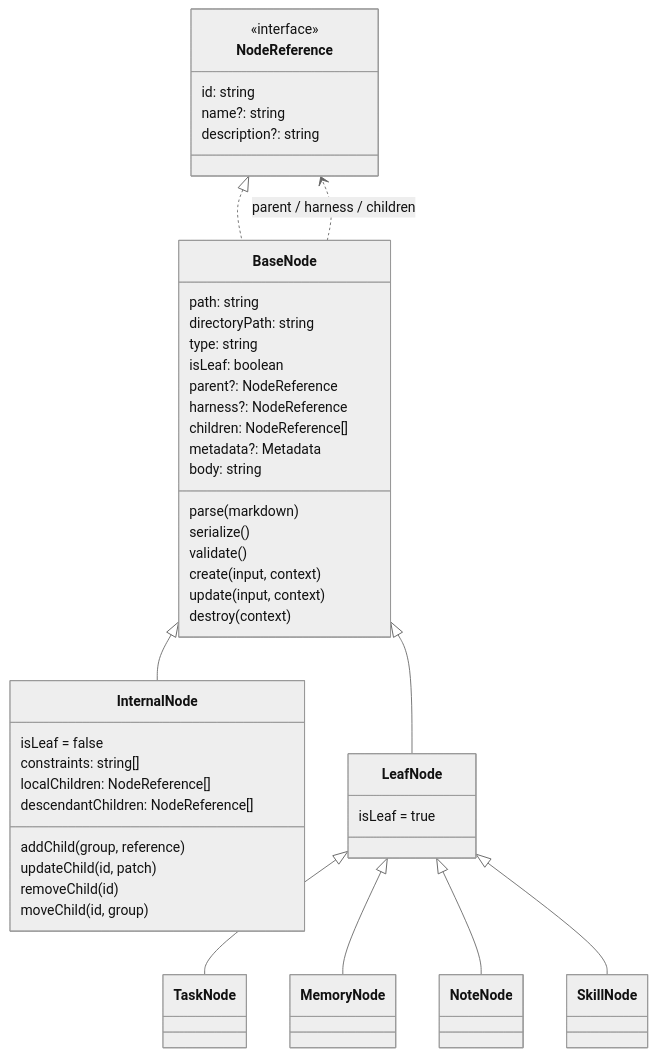
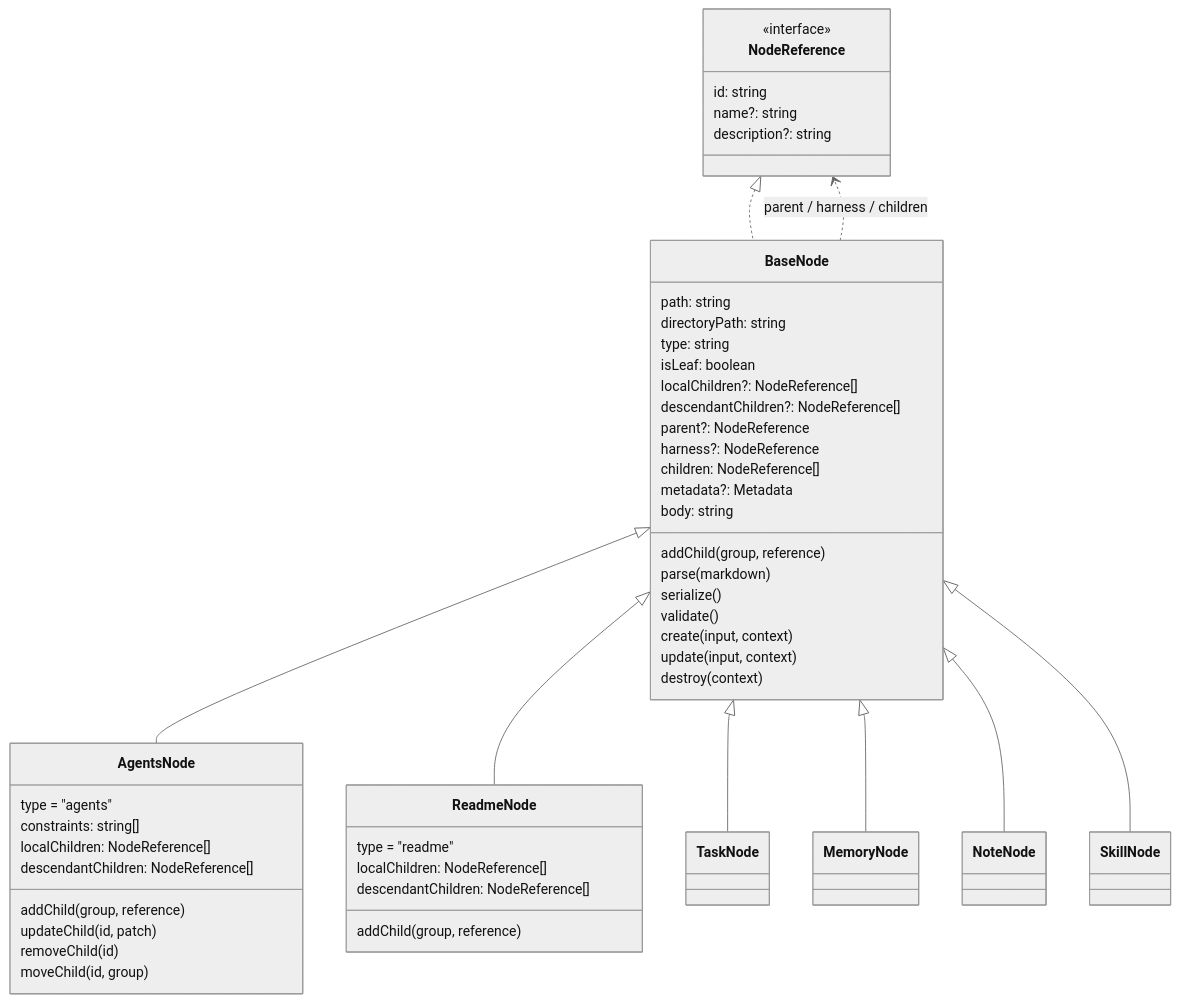
The second of 6 diagrams in extensions/cli/src/domain/models/README.md (VirusPC/edges), drawn with Mermaid (neutral theme) before and after one commit. The commit also changed other lines of this file and 1629 other files, not shown here.

````diff
--- a/extensions/cli/src/domain/models/README.md
+++ b/extensions/cli/src/domain/models/README.md
@@ -9,47 +46,53 @@
 ```mermaid
 classDiagram
     class NodeReference {
         <<interface>>
         id: string
         name?: string
         description?: string
     }
     class BaseNode {
         path: string
         directoryPath: string
         type: string
         isLeaf: boolean
+        localChildren?: NodeReference[]
+        descendantChildren?: NodeReference[]
         parent?: NodeReference
         harness?: NodeReference
         children: NodeReference[]
+        addChild(group, reference)
         metadata?: Metadata
         body: string
         parse(markdown)
         serialize()
         validate()
         create(input, context)
         update(input, context)
         destroy(context)
     }
-    class InternalNode {
-        isLeaf = false
+    class AgentsNode {
+        type = "agents"
         constraints: string[]
         localChildren: NodeReference[]
         descendantChildren: NodeReference[]
         addChild(group, reference)
         updateChild(id, patch)
         removeChild(id)
         moveChild(id, group)
     }
-    class LeafNode {
-        isLeaf = true
+    class ReadmeNode {
+        type = "readme"
+        localChildren: NodeReference[]
+        descendantChildren: NodeReference[]
+        addChild(group, reference)
     }
     NodeReference <|.. BaseNode
-    BaseNode <|-- InternalNode
-    BaseNode <|-- LeafNode
-    LeafNode <|-- TaskNode
-    LeafNode <|-- MemoryNode
-    LeafNode <|-- NoteNode
-    LeafNode <|-- SkillNode
+    BaseNode <|-- AgentsNode
+    BaseNode <|-- ReadmeNode
+    BaseNode <|-- TaskNode
+    BaseNode <|-- MemoryNode
+    BaseNode <|-- NoteNode
+    BaseNode <|-- SkillNode
     BaseNode ..> NodeReference : parent / harness / children
 ```
````
